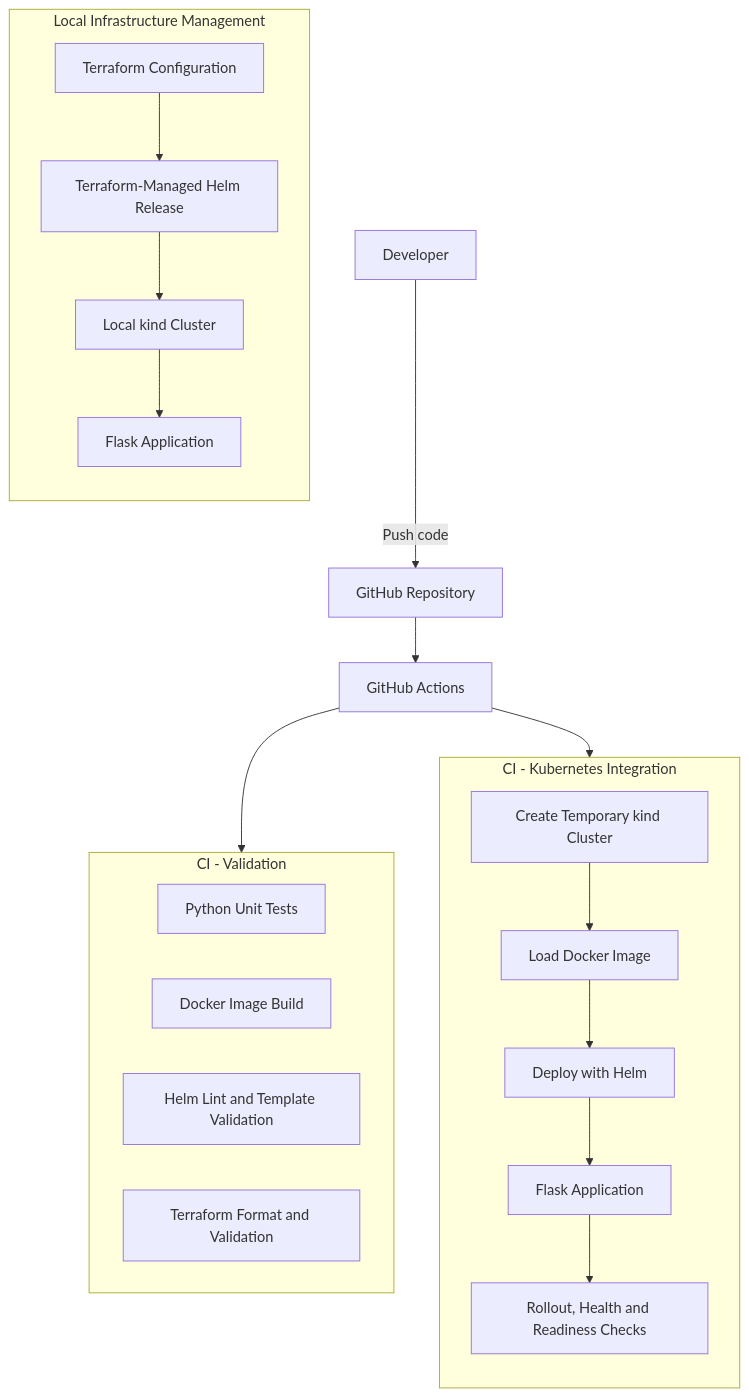
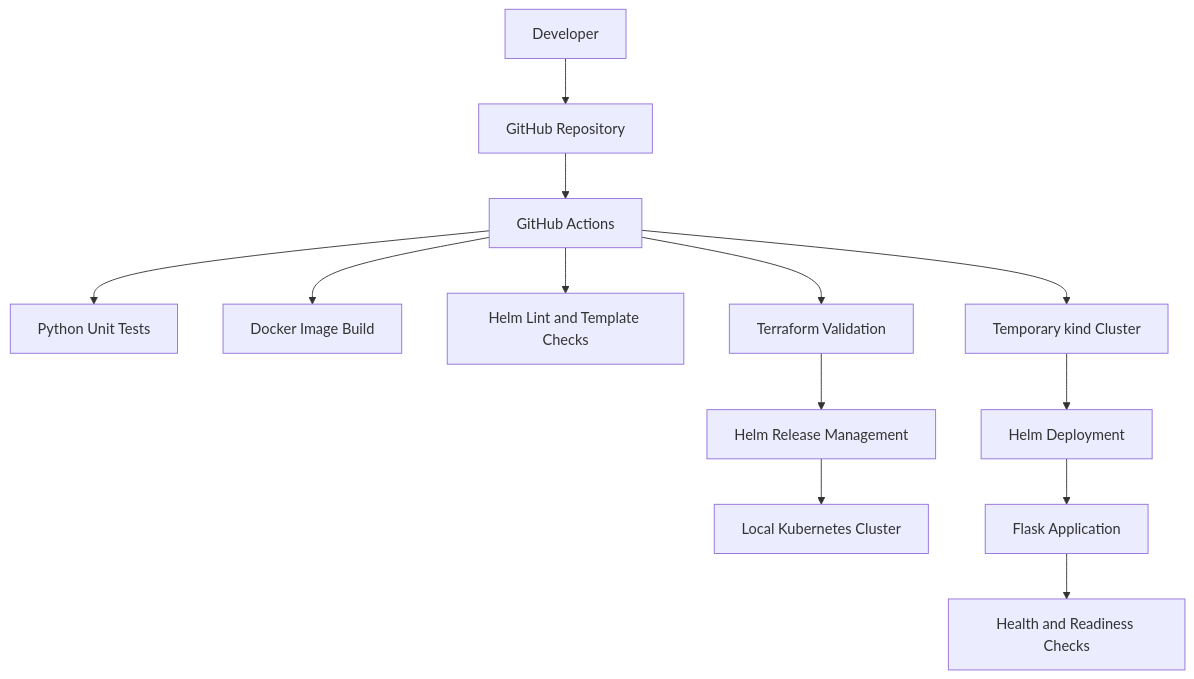
Before and after one commit to vinaykumar0710/iac-kubernetes-platform: the diagram in README.md, drawn with Mermaid. The commit also changed other lines of this file, not shown here.

Commit message:
Restore compact architecture diagram

````diff
--- a/README.md
+++ b/README.md
@@ -7,42 +7,18 @@
 ```mermaid
-flowchart TB
-    DEV["Developer"] -->|Push code| REPO["GitHub Repository"]
-    REPO --> CI["GitHub Actions"]
+flowchart TD
+    DEV["Developer"] --> GIT["GitHub Repository"]
+    GIT --> CI["GitHub Actions"]
 
-    CI --> VALIDATE
-    CI --> INTEGRATE
+    CI --> TEST["Python Unit Tests"]
+    CI --> DOCKER["Docker Image Build"]
+    CI --> HELM["Helm Lint and Template Checks"]
+    CI --> TF["Terraform Validation"]
+    CI --> KIND["Temporary kind Cluster"]
 
-    subgraph VALIDATE["CI - Validation"]
-        direction LR
-        TEST["Python Unit Tests"]
-        DOCKER["Docker Image Build"]
-        HELM_CHECK["Helm Lint and Template Validation"]
-        TF_CHECK["Terraform Format and Validation"]
-    end
+    TF --> RELEASE["Helm Release Management"]
+    RELEASE --> LOCAL["Local Kubernetes Cluster"]
 
-    subgraph INTEGRATE["CI - Kubernetes Integration"]
-        direction TB
-        KIND_CI["Create Temporary kind Cluster"]
-        LOAD["Load Docker Image"]
-        DEPLOY_CI["Deploy with Helm"]
-        APP_CI["Flask Application"]
-        CHECK["Rollout, Health and Readiness Checks"]
-
-        KIND_CI --> LOAD
-        LOAD --> DEPLOY_CI
-        DEPLOY_CI --> APP_CI
-        APP_CI --> CHECK
-    end
-
-    subgraph LOCAL["Local Infrastructure Management"]
-        direction TB
-        TF["Terraform Configuration"]
-        RELEASE["Terraform-Managed Helm Release"]
-        KIND_LOCAL["Local kind Cluster"]
-        APP_LOCAL["Flask Application"]
-
-        TF --> RELEASE
-        RELEASE --> KIND_LOCAL
-        KIND_LOCAL --> APP_LOCAL
-    end
+    KIND --> DEPLOY["Helm Deployment"]
+    DEPLOY --> APP["Flask Application"]
+    APP --> HEALTH["Health and Readiness Checks"]
 ```
````
